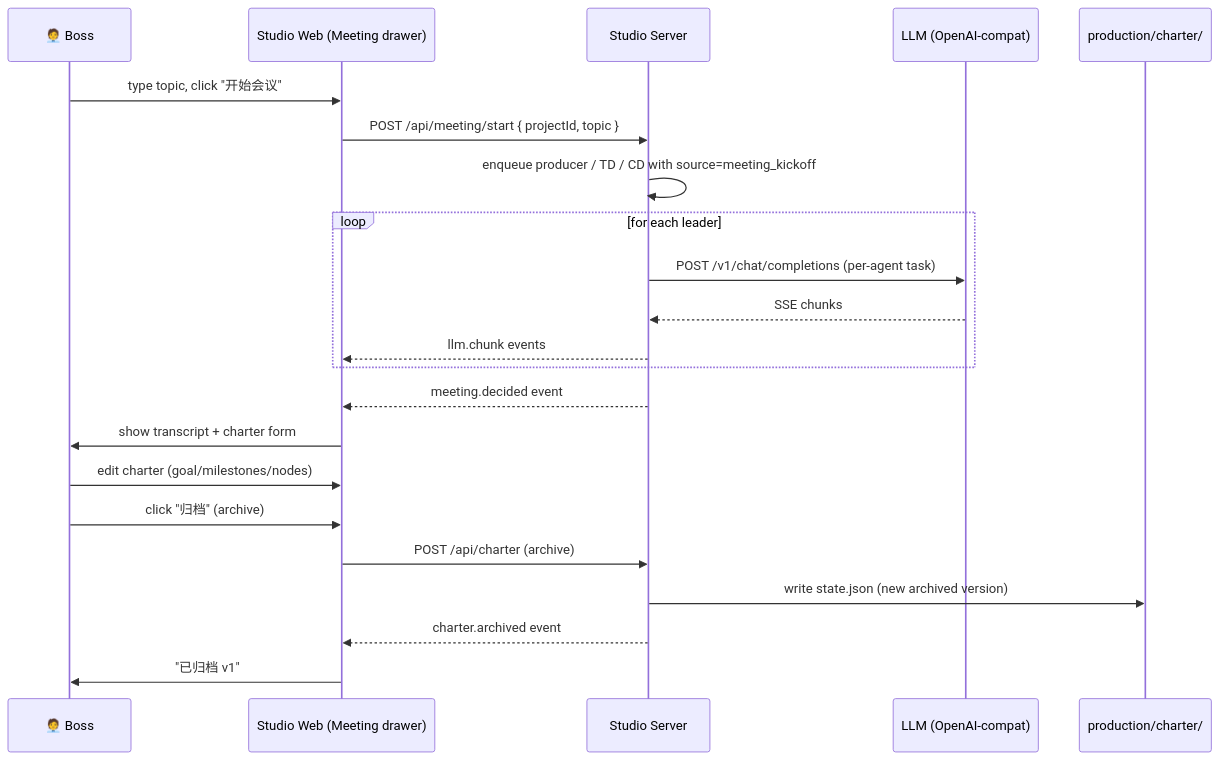
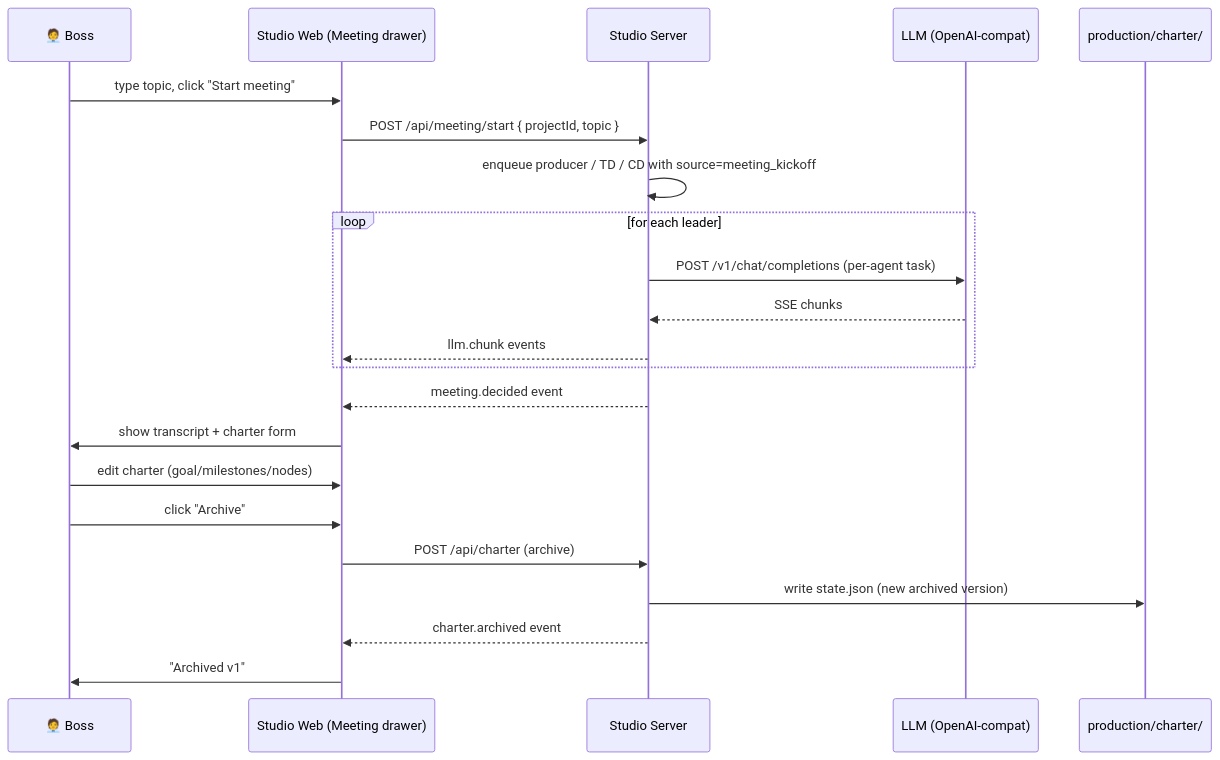
One commit to YeLuo45/AiGameAgent-design changed the first of 2 diagrams in docs-site/docs/06-meeting-and-charter.md. Above: the diagram before and after it, drawn with Mermaid. The commit also changed other lines of this file and 16 other files, not shown here.

````diff
--- a/docs-site/docs/06-meeting-and-charter.md
+++ b/docs-site/docs/06-meeting-and-charter.md
@@ -23,25 +23,25 @@
 ```mermaid
 sequenceDiagram
     participant Boss as 🧑‍💼 Boss
     participant UI as Studio Web (Meeting drawer)
     participant API as Studio Server
     participant LLM as LLM (OpenAI-compat)
     participant FS as production/charter/
 
-    Boss->>UI: type topic, click "开始会议"
+    Boss->>UI: type topic, click "Start meeting"
     UI->>API: POST /api/meeting/start { projectId, topic }
     API->>API: enqueue producer / TD / CD with source=meeting_kickoff
     loop for each leader
       API->>LLM: POST /v1/chat/completions (per-agent task)
       LLM-->>API: SSE chunks
       API-->>UI: llm.chunk events
     end
     API-->>UI: meeting.decided event
     UI->>Boss: show transcript + charter form
     Boss->>UI: edit charter (goal/milestones/nodes)
-    Boss->>UI: click "归档" (archive)
+    Boss->>UI: click "Archive"
     UI->>API: POST /api/charter (archive)
     API->>FS: write state.json (new archived version)
     API-->>UI: charter.archived event
-    UI->>Boss: "已归档 v1"
+    UI->>Boss: "Archived v1"
 ```
````
